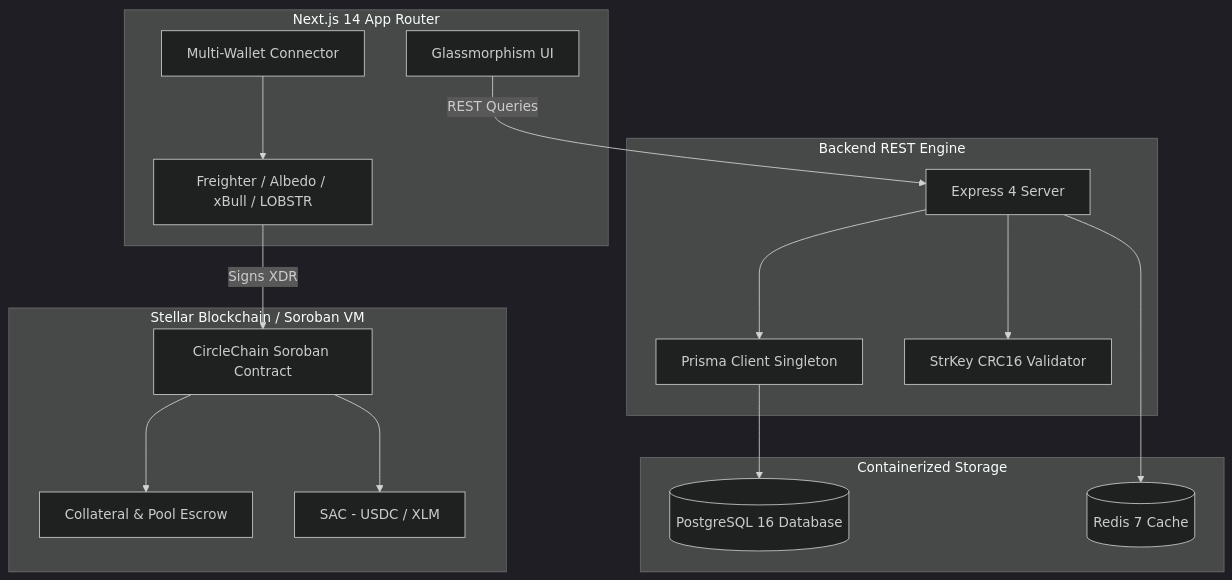
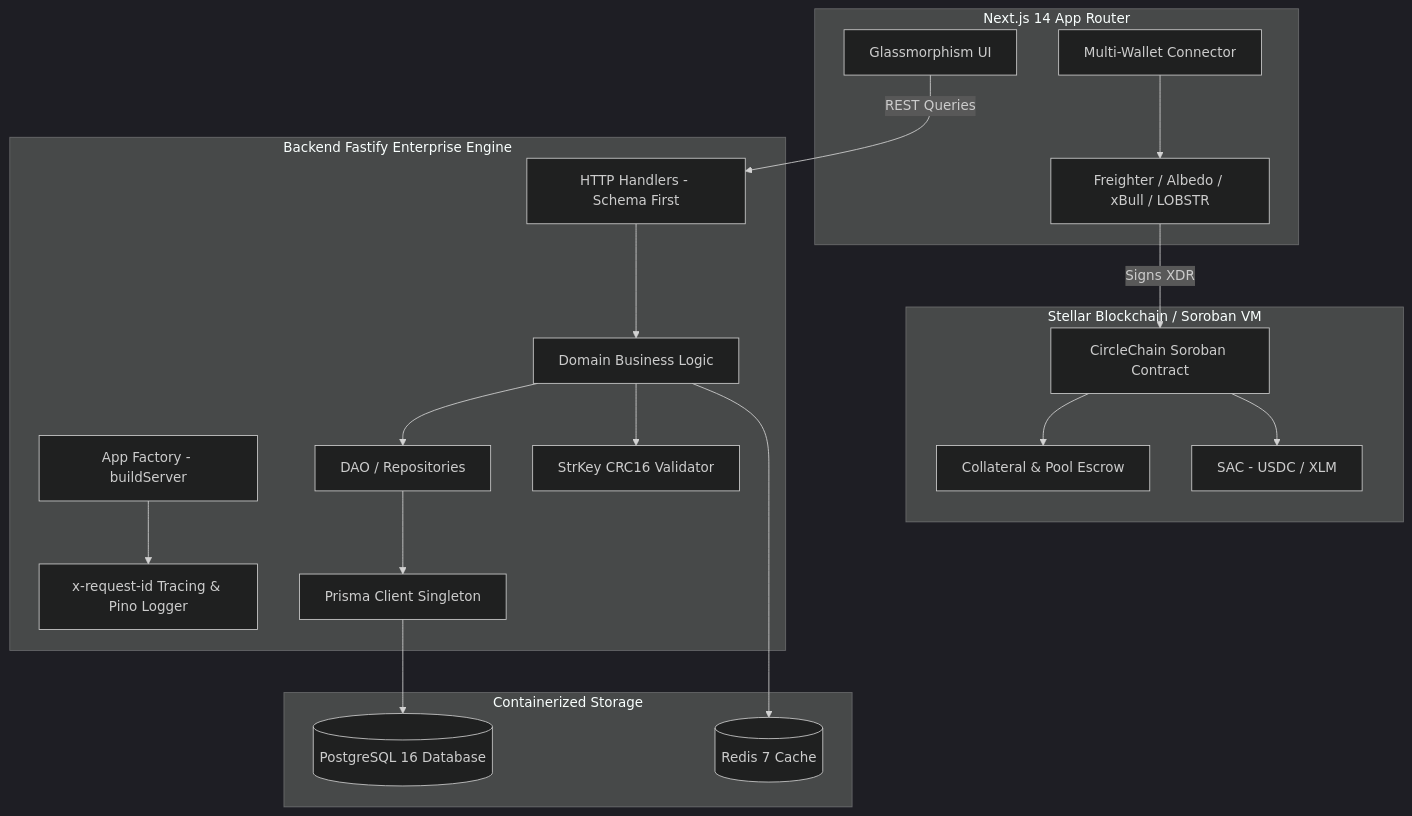
Before and after one commit to trustpay-escrow/circle-chain: the diagram in README.md, drawn with Mermaid (dark theme). The commit also changed other lines of this file and 1 other file, not shown here.

First line of the commit message:
docs: update root and backend READMEs with Fastify architecture and API specifications

````diff
--- a/README.md
+++ b/README.md
@@ -38,35 +40,42 @@
 ```mermaid
 graph TD
     subgraph Client [Next.js 14 App Router]
         UI[Glassmorphism UI]
         WalletKit[Multi-Wallet Connector]
         Freighter[Freighter / Albedo / xBull / LOBSTR]
     end
 
     subgraph Ledger [Stellar Blockchain / Soroban VM]
         Contract[CircleChain Soroban Contract]
         Escrow[Collateral & Pool Escrow]
         Token[SAC - USDC / XLM]
     end
 
-    subgraph Server [Backend REST Engine]
-        API[Express 4 Server]
-        Prisma[Prisma Client Singleton]
+    subgraph Server [Backend Fastify Enterprise Engine]
+        Factory[App Factory - buildServer]
+        Hooks[x-request-id Tracing & Pino Logger]
+        Routes[HTTP Handlers - Schema First]
+        Services[Domain Business Logic]
+        Repos[DAO / Repositories]
+        DB[Prisma Client Singleton]
         Validator[StrKey CRC16 Validator]
     end
 
     subgraph Storage [Containerized Storage]
         Postgres[(PostgreSQL 16 Database)]
         Redis[(Redis 7 Cache)]
     end
 
     WalletKit --> Freighter
     Freighter -->|Signs XDR| Contract
     Contract --> Escrow
     Contract --> Token
-    UI -->|REST Queries| API
-    API --> Validator
-    API --> Prisma
-    Prisma --> Postgres
-    API --> Redis
+    UI -->|REST Queries| Routes
+    Factory --> Hooks
+    Routes --> Services
+    Services --> Validator
+    Services --> Repos
+    Repos --> DB
+    DB --> Postgres
+    Services --> Redis
 ```
````
